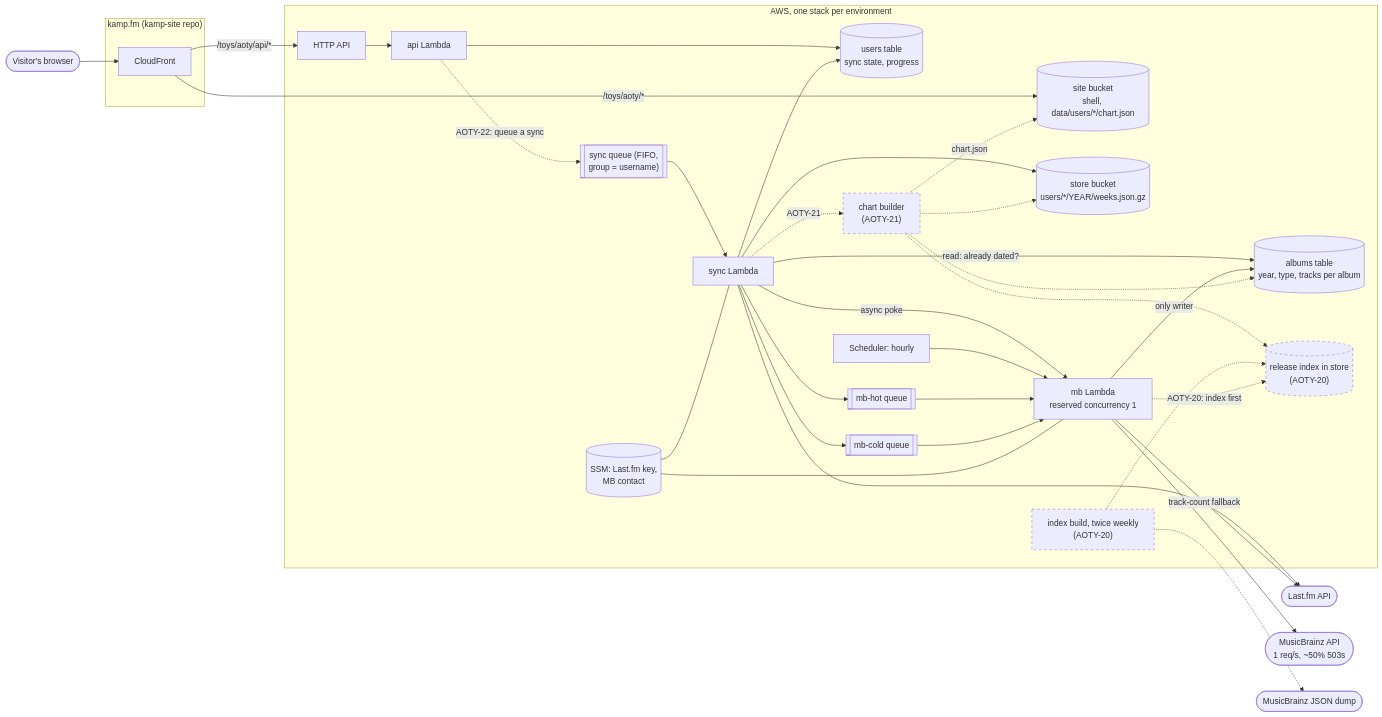
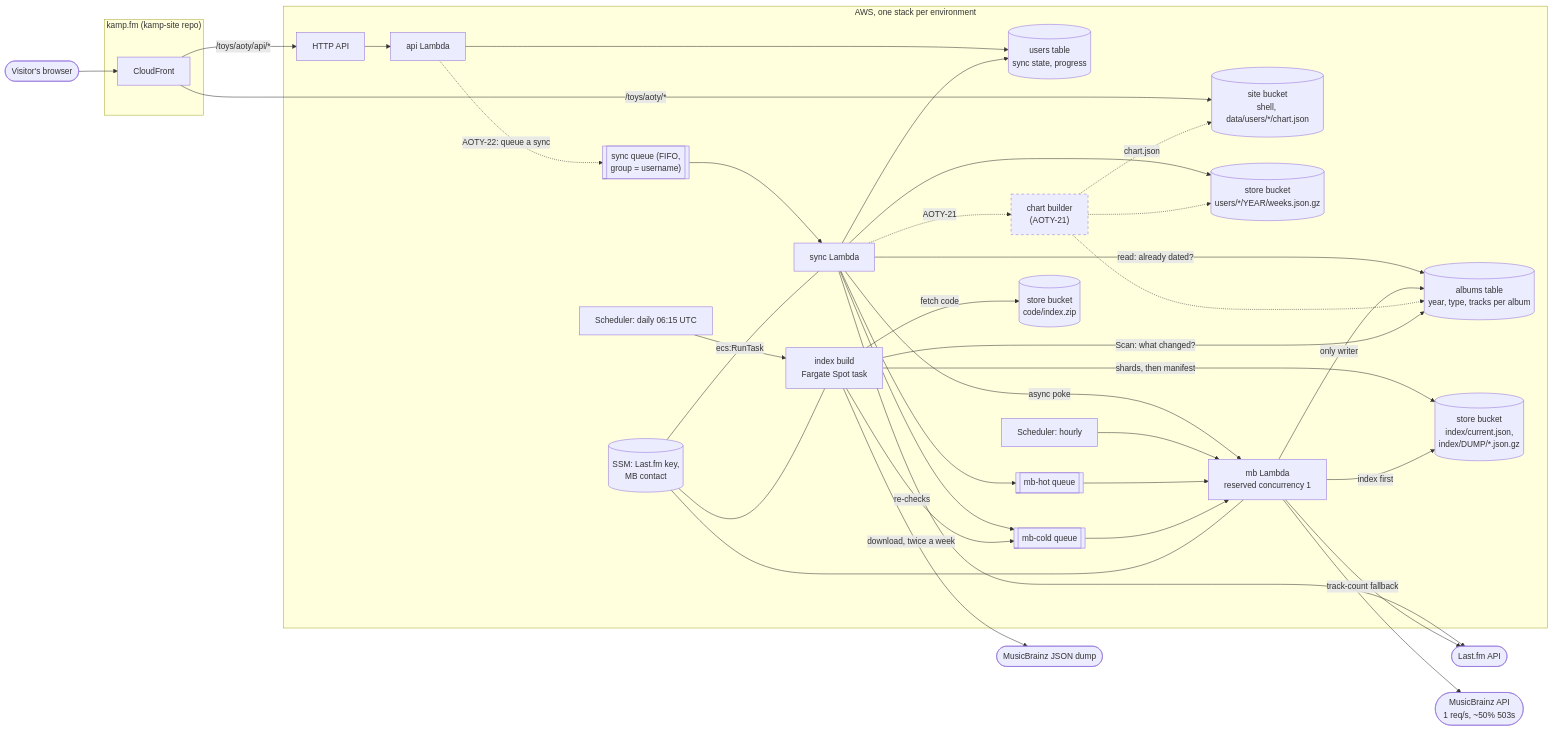
The first of 4 diagrams in docs/architecture.md (eightyeighteyes/aoty-chart-toy), drawn with Mermaid before and after one commit. The commit also changed other lines of this file and 3 other files, not shown here.

First line of the commit message:
docs: release index architecture and runbook

````diff
--- a/docs/architecture.md
+++ b/docs/architecture.md
@@ -18,64 +21,70 @@
 ```mermaid
 flowchart LR
   visitor(["Visitor's browser"])
 
   subgraph edge["kamp.fm (kamp-site repo)"]
     cf["CloudFront"]
   end
 
   subgraph aws["AWS, one stack per environment"]
     apigw["HTTP API"]
     api["api Lambda"]
     siteb[("site bucket<br/>shell, data/users/*/chart.json")]
     storeb[("store bucket<br/>users/*/YEAR/weeks.json.gz")]
     users[("users table<br/>sync state, progress")]
     albums[("albums table<br/>year, type, tracks per album")]
     syncq[["sync queue (FIFO,<br/>group = username)"]]
     sync["sync Lambda"]
     hot[["mb-hot queue"]]
     cold[["mb-cold queue"]]
     mb["mb Lambda<br/>reserved concurrency 1"]
     sched["Scheduler: hourly"]
+    isched["Scheduler: daily 06:15 UTC"]
     ssm[("SSM: Last.fm key,<br/>MB contact")]
     chart["chart builder<br/>(AOTY-21)"]
-    index[("release index in store<br/>(AOTY-20)")]
-    indexer["index build, twice weekly<br/>(AOTY-20)"]
+    index[("store bucket<br/>index/current.json,<br/>index/DUMP/*.json.gz")]
+    code[("store bucket<br/>code/index.zip")]
+    indexer["index build<br/>Fargate Spot task"]
   end
 
   lastfm(["Last.fm API"])
   mbapi(["MusicBrainz API<br/>1 req/s, ~50% 503s"])
   mbdump(["MusicBrainz JSON dump"])
 
   visitor --> cf
   cf -- "/toys/aoty/*" --> siteb
   cf -- "/toys/aoty/api/*" --> apigw --> api
   api -.->|"AOTY-22: queue a sync"| syncq
   api --> users
   syncq --> sync
   sync --> lastfm
   sync --> storeb
   sync --> users
   sync -- "read: already dated?" --> albums
   sync --> hot
   sync --> cold
   sync -- "async poke" --> mb
   sched --> mb
   hot --> mb
   cold --> mb
   mb --> mbapi
   mb -- "track-count fallback" --> lastfm
   mb -- "only writer" --> albums
   sync -.->|"AOTY-21"| chart
   chart -.-> storeb
   chart -.-> albums
-  chart -.-> index
   chart -.->|"chart.json"| siteb
-  indexer -.-> mbdump
-  indexer -.-> index
-  mb -.->|"AOTY-20: index first"| index
+  isched -- "ecs:RunTask" --> indexer
+  indexer -- "fetch code" --> code
+  indexer -- "download, twice a week" --> mbdump
+  indexer -- "shards, then manifest" --> index
+  indexer -- "Scan: what changed?" --> albums
+  indexer -- "re-checks" --> cold
+  mb -- "index first" --> index
   ssm --- sync
   ssm --- mb
+  ssm --- indexer
 
   classDef planned stroke-dasharray: 5 5
-  class chart,index,indexer planned
+  class chart planned
 ```
````
